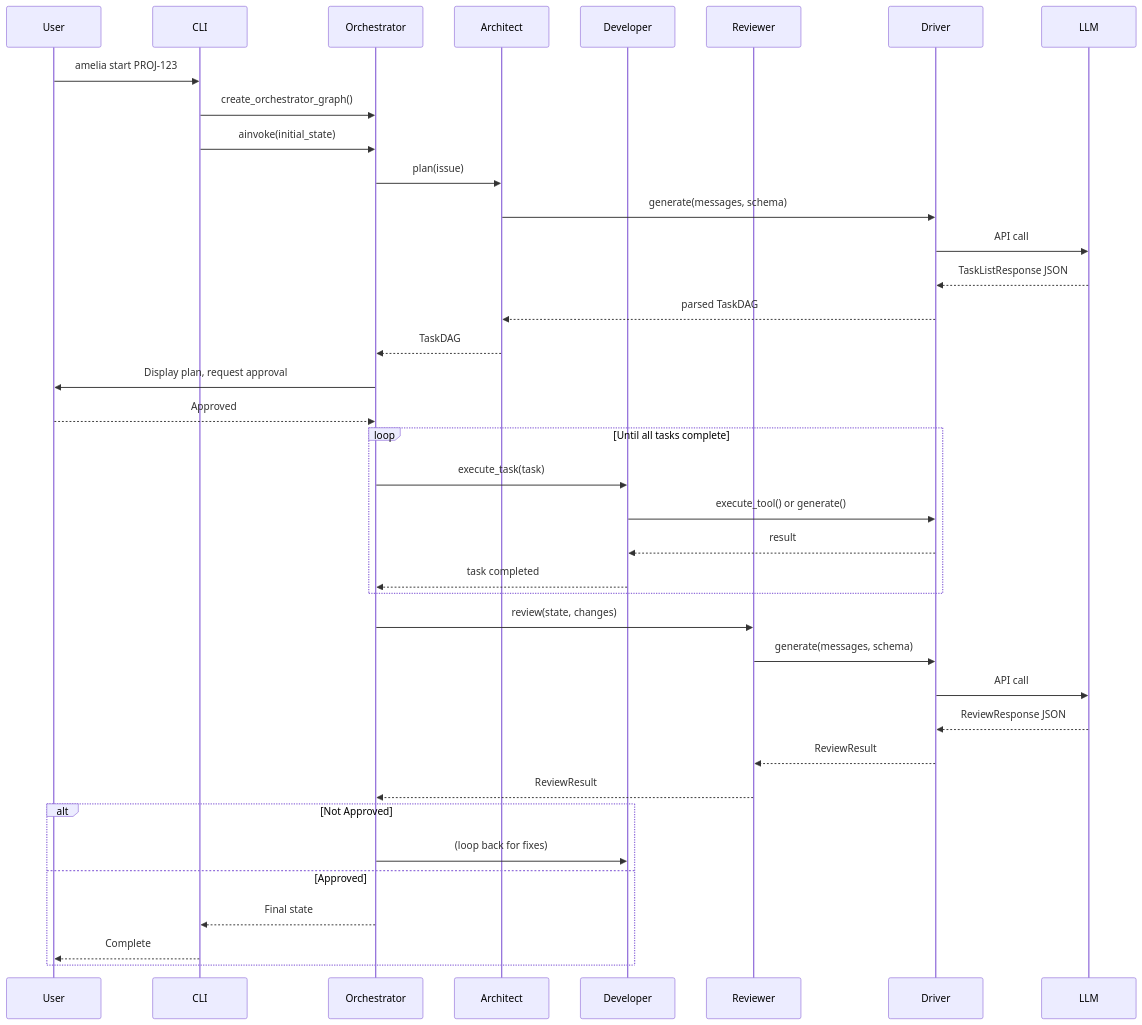
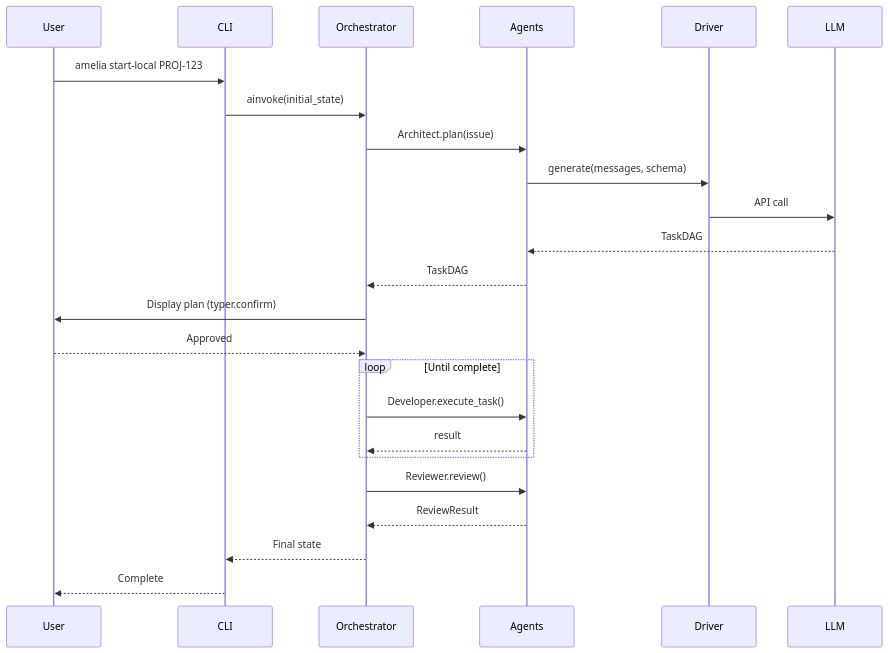
One commit to anderskev/amelia changed the third of 3 diagrams in docs/architecture.md. Above: the diagram before and after it, drawn with Mermaid. The commit also changed other lines of this file and 6 other files, not shown here.

````diff
--- a/docs/architecture.md
+++ b/docs/architecture.md
@@ -233,46 +439,31 @@
 ```mermaid
 sequenceDiagram
     participant User
     participant CLI
     participant Orchestrator
-    participant Architect
-    participant Developer
-    participant Reviewer
+    participant Agents
     participant Driver
     participant LLM
 
-    User->>CLI: amelia start PROJ-123
-    CLI->>Orchestrator: create_orchestrator_graph()
+    User->>CLI: amelia start-local PROJ-123
     CLI->>Orchestrator: ainvoke(initial_state)
 
-    Orchestrator->>Architect: plan(issue)
-    Architect->>Driver: generate(messages, schema)
+    Orchestrator->>Agents: Architect.plan(issue)
+    Agents->>Driver: generate(messages, schema)
     Driver->>LLM: API call
-    LLM-->>Driver: TaskListResponse JSON
-    Driver-->>Architect: parsed TaskDAG
-    Architect-->>Orchestrator: TaskDAG
+    LLM-->>Agents: TaskDAG
+    Agents-->>Orchestrator: TaskDAG
 
-    Orchestrator->>User: Display plan, request approval
+    Orchestrator->>User: Display plan (typer.confirm)
     User-->>Orchestrator: Approved
 
-    loop Until all tasks complete
-        Orchestrator->>Developer: execute_task(task)
-        Developer->>Driver: execute_tool() or generate()
-        Driver-->>Developer: result
-        Developer-->>Orchestrator: task completed
+    loop Until complete
+        Orchestrator->>Agents: Developer.execute_task()
+        Agents-->>Orchestrator: result
     end
 
-    Orchestrator->>Reviewer: review(state, changes)
-    Reviewer->>Driver: generate(messages, schema)
-    Driver->>LLM: API call
-    LLM-->>Driver: ReviewResponse JSON
-    Driver-->>Reviewer: ReviewResult
-    Reviewer-->>Orchestrator: ReviewResult
-
-    alt Not Approved
-        Orchestrator->>Developer: (loop back for fixes)
-    else Approved
-        Orchestrator-->>CLI: Final state
-        CLI-->>User: Complete
-    end
+    Orchestrator->>Agents: Reviewer.review()
+    Agents-->>Orchestrator: ReviewResult
+    Orchestrator-->>CLI: Final state
+    CLI-->>User: Complete
 ```
````
